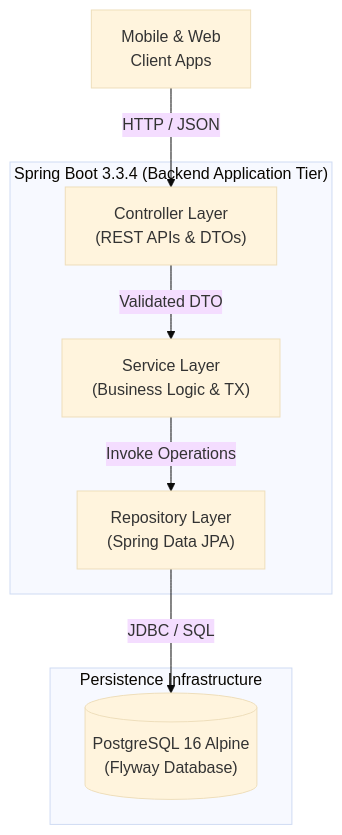
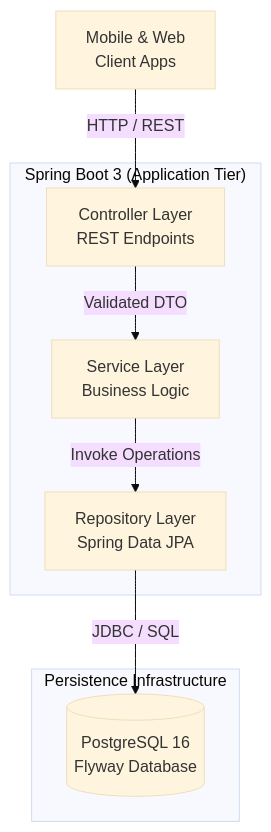
Before and after one commit to Varian08/smart-local-planner: the first of 3 diagrams in README.md, drawn with Mermaid (base theme). The commit also changed other lines of this file and 2 other files, not shown here.

Commit message:
docs: standardize all architecture diagrams to vertical TD flow and eliminate text clipping

````diff
--- a/README.md
+++ b/README.md
@@ -67,19 +67,19 @@
 ```mermaid
 flowchart TD
-    Client["Mobile & Web<br/>Client Apps    "] -->|"HTTP / JSON"| Controller
+    Client["Mobile & Web<br/>Client Apps"] -->|"HTTP / REST"| Controller
 
-    subgraph BackendApp ["Spring Boot 3.3.4 (Backend Application Tier)"]
-        Controller["Controller Layer<br/>(REST APIs & DTOs)    "]
-        Service["Service Layer<br/>(Business Logic & TX)    "]
-        Repository["Repository Layer<br/>(Spring Data JPA)    "]
+    subgraph BackendApp ["Spring Boot 3 (Application Tier)"]
+        Controller["Controller Layer<br/>REST Endpoints"]
+        Service["Service Layer<br/>Business Logic"]
+        Repository["Repository Layer<br/>Spring Data JPA"]
         
         Controller -->|"Validated DTO"| Service
         Service -->|"Invoke Operations"| Repository
     end
 
     subgraph PersistenceTier ["Persistence Infrastructure"]
-        Postgres[("PostgreSQL 16 Alpine<br/>(Flyway Database)    ")]
+        Postgres[("PostgreSQL 16<br/>Flyway Database")]
     end
 
     Repository -->|"JDBC / SQL"| Postgres
 ```
````
